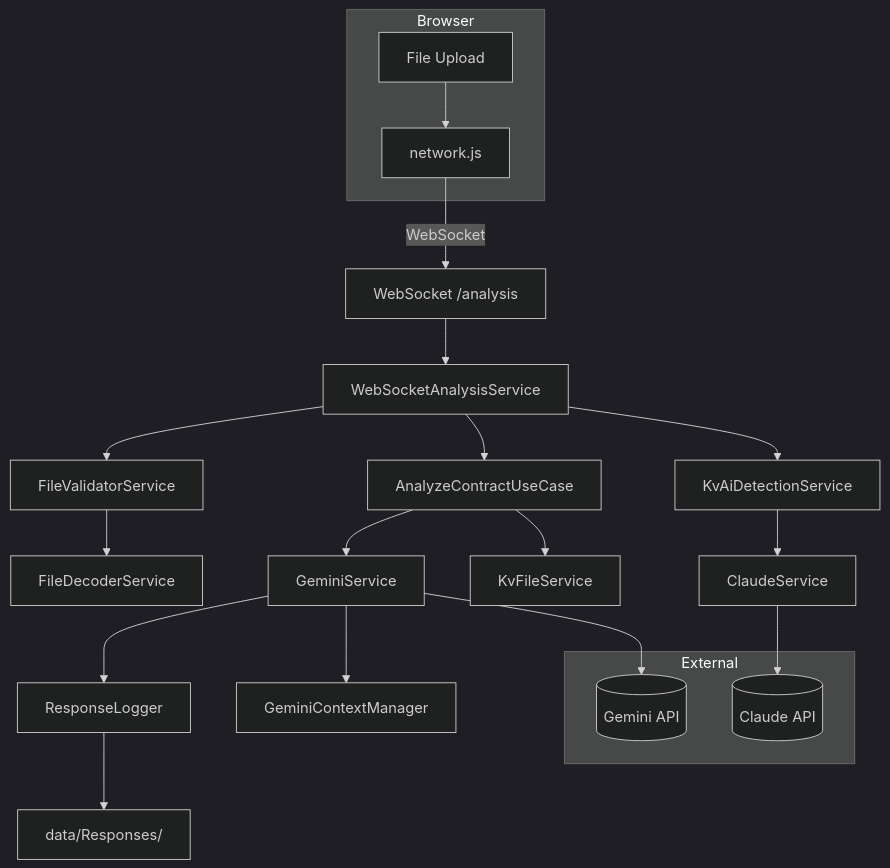
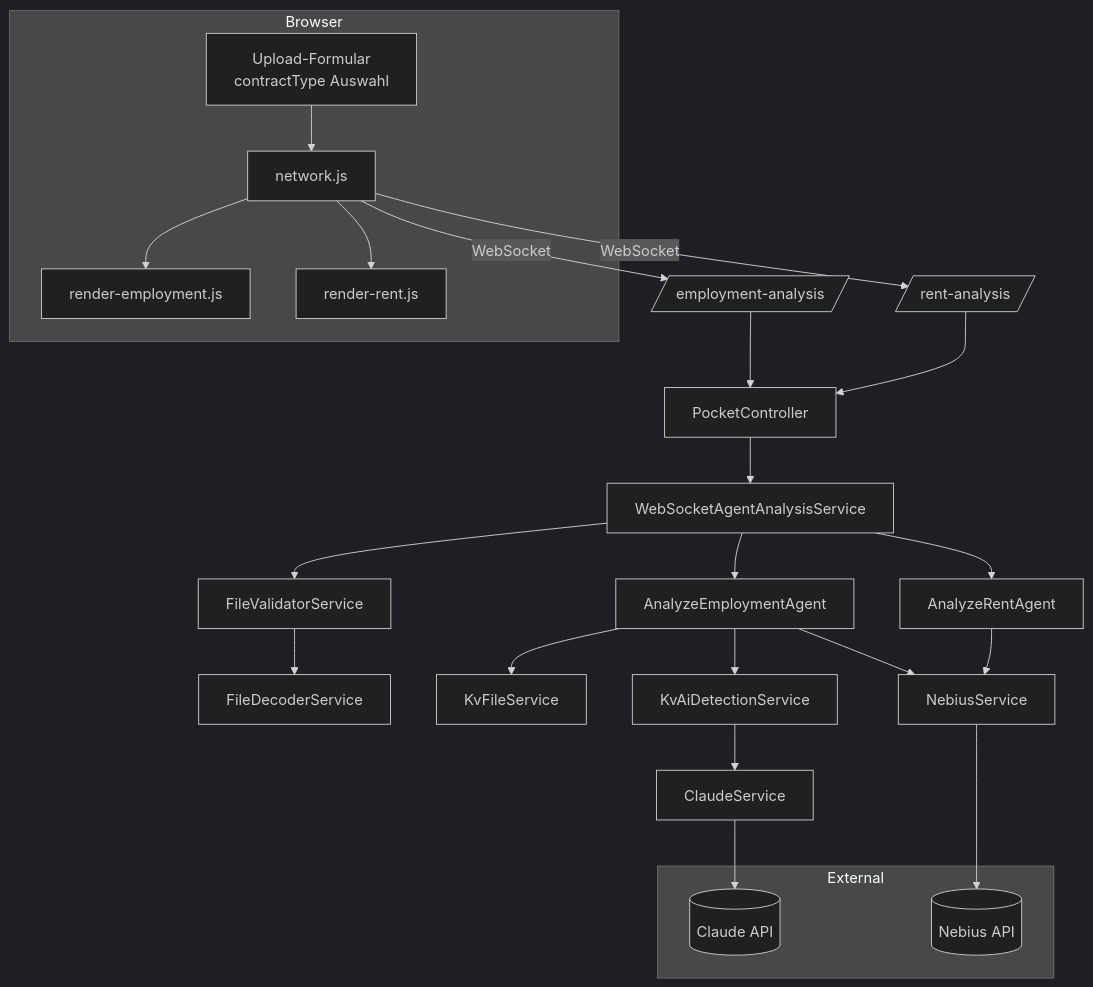
Before and after one commit to sebastian-305/PocketLawyer: the sixth of 8 diagrams in docs/Diagrams/diagrams.md, drawn with Mermaid (dark theme). The commit also changed other lines of this file and 1 other file, not shown here.

Commit message:
Update diagram documentation for new agents

````diff
--- a/docs/Diagrams/diagrams.md
+++ b/docs/Diagrams/diagrams.md
@@ -404,24 +409,27 @@
 ```mermaid
 graph TD
     subgraph Browser
-        U[File Upload] --> N[network.js]
+        Form[Upload-Formular<br>contractType Auswahl] --> NET[network.js]
+        NET --> RE[render-employment.js]
+        NET --> RR[render-rent.js]
     end
-    N -- WebSocket --> PC[WebSocket /analysis]
-    PC --> WSAS[WebSocketAnalysisService]
+    NET -- WebSocket --> PCE[/employment-analysis/]
+    NET -- WebSocket --> PCR[/rent-analysis/]
+    PCE & PCR --> PC[PocketController]
+    PC --> WSAS[WebSocketAgentAnalysisService]
     WSAS --> FV[FileValidatorService]
-    FV --> FDS[FileDecoderService]   
-    WSAS --> CA[AnalyzeContractUseCase]
-    CA --> GEM[GeminiService]
-    CA --> KFS[KvFileService]
-    WSAS --> KD[KvAiDetectionService]
+    FV --> FDS[FileDecoderService]
+    WSAS --> AGE[AnalyzeEmploymentAgent]
+    WSAS --> AGR[AnalyzeRentAgent]
+    AGE --> KFS[KvFileService]
+    AGE --> KD[KvAiDetectionService]
     KD --> CLA[ClaudeService]
-    GEM --> RL[ResponseLogger]
-    GEM --> GCM[GeminiContextManager]
-    RL --> Files[data/Responses/]
+    AGE --> NEB[NebiusService]
+    AGR --> NEB
     subgraph External
-        GeminiAPI[(Gemini API)]
+        NebiusAPI[(Nebius API)]
         ClaudeAPI[(Claude API)]
     end
-    GEM --> GeminiAPI
+    NEB --> NebiusAPI
     CLA --> ClaudeAPI
 ```
````
